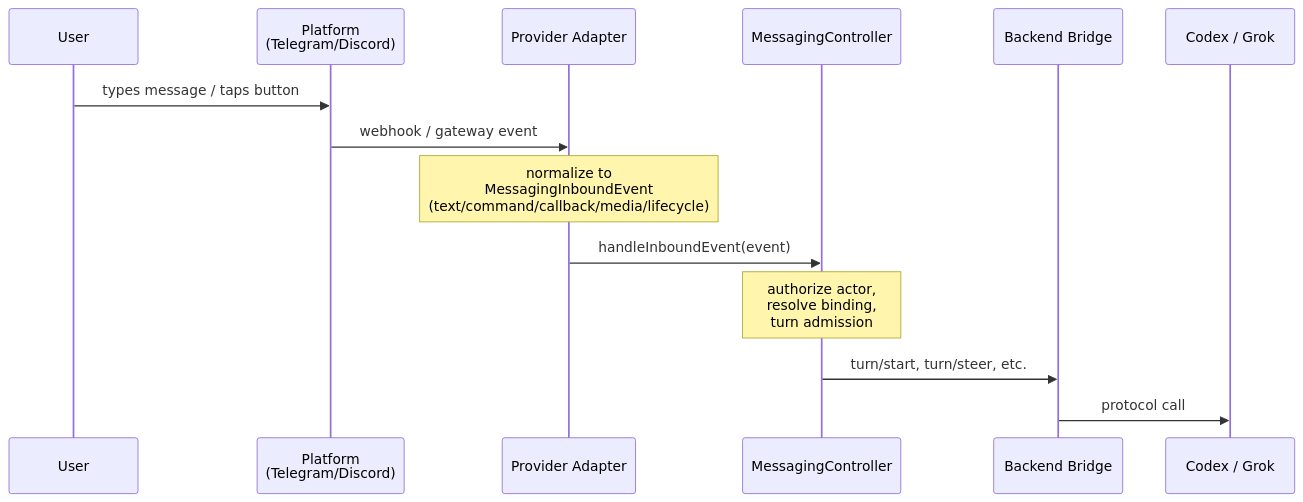
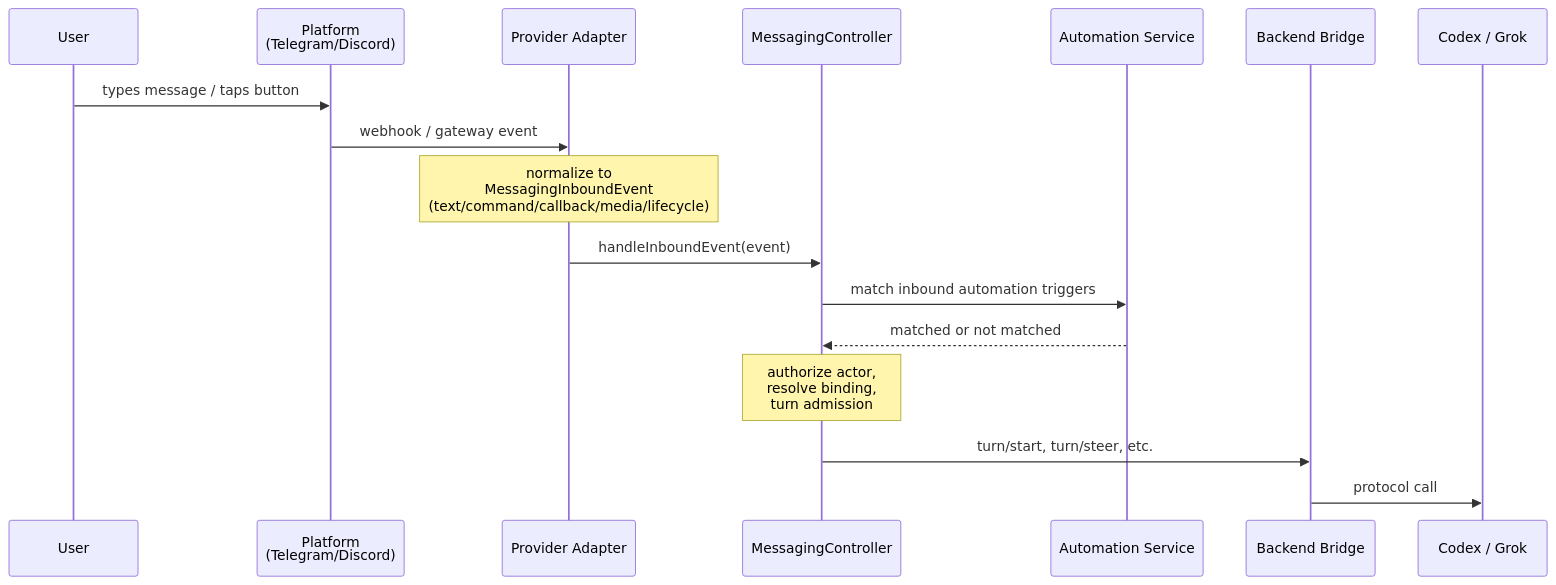
Before and after one commit to pwrdrvr/PwrAgent: the second of 5 diagrams in docs/messaging-architecture.md, drawn with Mermaid. The commit also changed other lines of this file and 37 other files, not shown here.

Commit message:
feat(automations): support inbound message triggers

````diff
--- a/docs/messaging-architecture.md
+++ b/docs/messaging-architecture.md
@@ -76,17 +76,20 @@
 ```mermaid
 sequenceDiagram
     participant User
     participant Platform as Platform<br/>(Telegram/Discord)
     participant Adapter as Provider Adapter
     participant Controller as MessagingController
+    participant Automation as Automation Service
     participant Bridge as Backend Bridge
     participant Backend as Codex / Grok
 
     User->>Platform: types message / taps button
     Platform->>Adapter: webhook / gateway event
     Note over Adapter: normalize to<br/>MessagingInboundEvent<br/>(text/command/callback/media/lifecycle)
     Adapter->>Controller: handleInboundEvent(event)
+    Controller->>Automation: match inbound automation triggers
+    Automation-->>Controller: matched or not matched
     Note over Controller: authorize actor,<br/>resolve binding,<br/>turn admission
     Controller->>Bridge: turn/start, turn/steer, etc.
     Bridge->>Backend: protocol call
 ```
````
